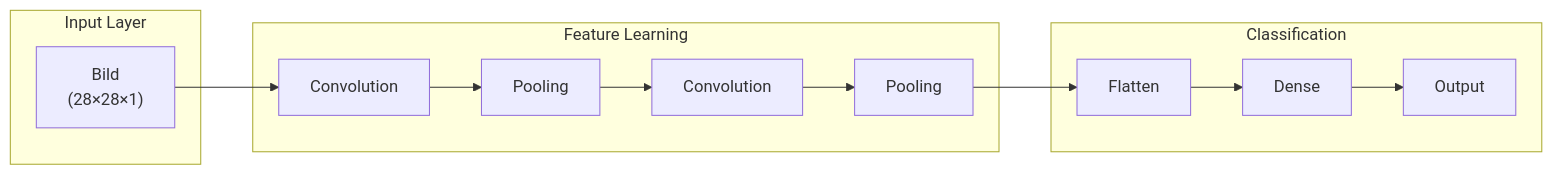
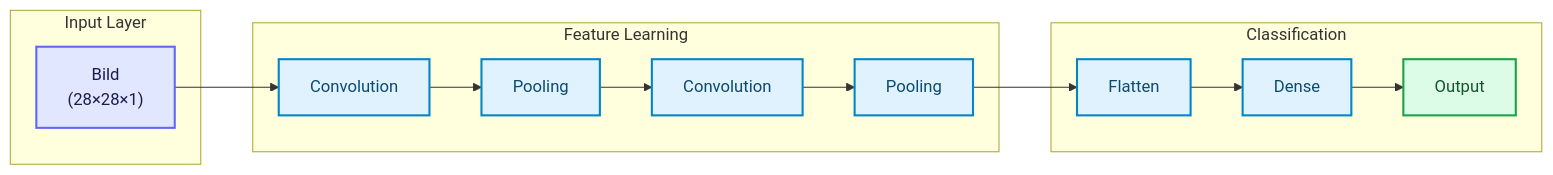
Before and after one commit to ralf-42/ML_Intro: the second of 12 diagrams in docs/concepts/modeling/spezielle-neuronale-netze.md, drawn with Mermaid. The commit also changed other lines of this file and 49 other files, not shown here.

````diff
--- a/docs/concepts/modeling/spezielle-neuronale-netze.md
+++ b/docs/concepts/modeling/spezielle-neuronale-netze.md
@@ -107,21 +109,28 @@
 ```mermaid
 flowchart LR
     subgraph Input["Input Layer"]
         A["Bild<br/>(28×28×1)"]
     end
     
     subgraph Feature["Feature Learning"]
         B["Convolution"]
         C["Pooling"]
         D["Convolution"]
         E["Pooling"]
     end
     
     subgraph Class["Classification"]
         F["Flatten"]
         G["Dense"]
         H["Output"]
     end
     
     A --> B --> C --> D --> E --> F --> G --> H
+
+    classDef default fill:#e0f2fe,stroke:#0284c7,stroke-width:2px,color:#0c4a6e;
+    classDef input fill:#e0e7ff,stroke:#6366f1,stroke-width:2px,color:#1e1b4b;
+    classDef output fill:#dcfce7,stroke:#16a34a,stroke-width:2px,color:#14532d;
+
+    class A input;
+    class H output;
 ```
````
